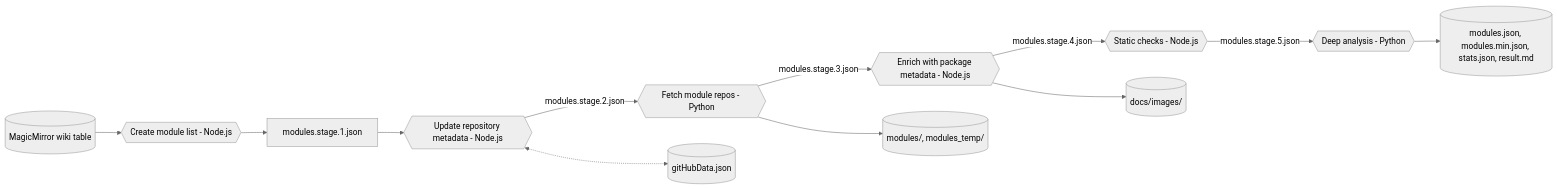
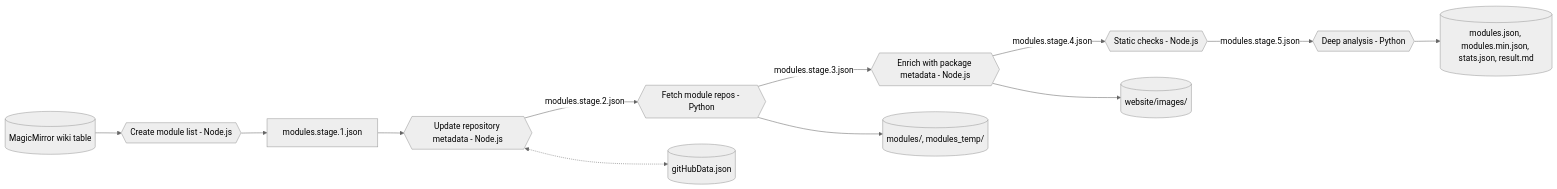
The second of 3 diagrams in docs/architecture.md (KristjanESPERANTO/MagicMirror-3rd-Party-Modules), drawn with Mermaid (neutral theme) before and after one commit. The commit also changed other lines of this file, not shown here.

Commit message:
docs: update architecture document to reflect changes in output paths

````diff
--- a/docs/architecture.md
+++ b/docs/architecture.md
@@ -52,14 +52,14 @@
 ```mermaid
 flowchart LR
   wiki[("MagicMirror wiki table")] --> createLegacy{{"Create module list - Node.js"}}
   createLegacy --> stage1Legacy["modules.stage.1.json"]
   stage1Legacy --> updateLegacy{{"Update repository metadata - Node.js"}}
   updateLegacy -- "modules.stage.2.json" --> getLegacy{{"Fetch module repos - Python"}}
   updateLegacy <-.-> cacheLegacy[("gitHubData.json")]
   getLegacy -- "modules.stage.3.json" --> expandLegacy{{"Enrich with package metadata - Node.js"}}
   getLegacy --> clonesLegacy[("modules/, modules_temp/")]
   expandLegacy -- "modules.stage.4.json" --> checkjsLegacy{{"Static checks - Node.js"}}
-  expandLegacy --> imagesLegacy[("docs/images/")]
+  expandLegacy --> imagesLegacy[("website/images/")]
   checkjsLegacy -- "modules.stage.5.json" --> checkpyLegacy{{"Deep analysis - Python"}}
   checkpyLegacy --> outputsLegacy[("modules.json, modules.min.json, stats.json, result.md")]
 ```
````
